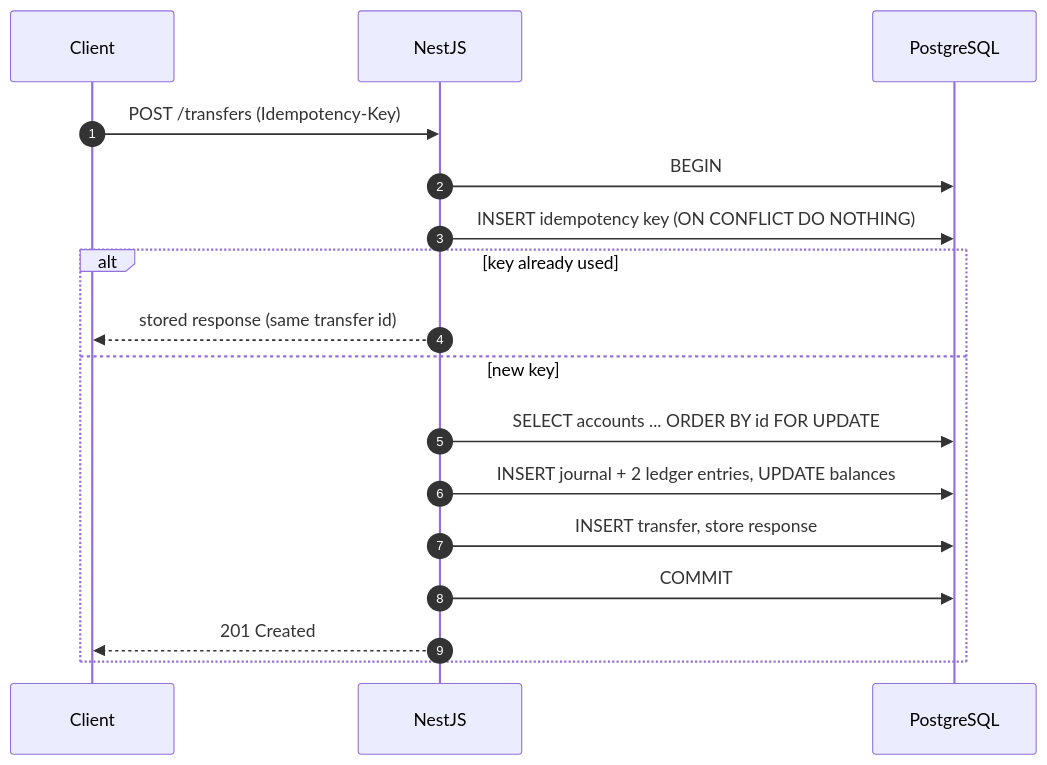
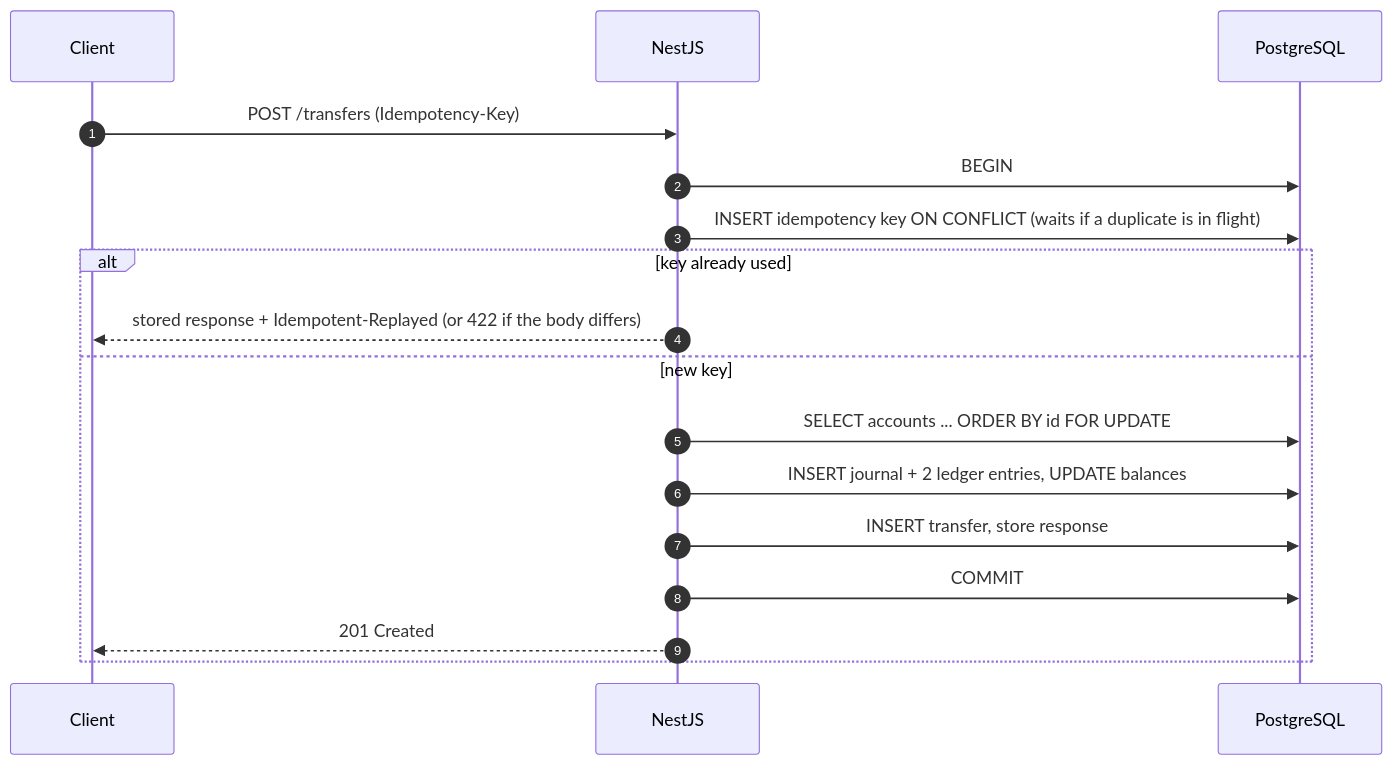
The second of 2 diagrams in README.md (JFredMC/digital-wallet-ledger), drawn with Mermaid before and after one commit. The commit also changed other lines of this file and 56 other files, not shown here.

````diff
--- a/README.md
+++ b/README.md
@@ -79,19 +79,19 @@
 ```mermaid
 sequenceDiagram
     autonumber
     participant C as Client
     participant API as NestJS
     participant DB as PostgreSQL
     C->>API: POST /transfers (Idempotency-Key)
     API->>DB: BEGIN
-    API->>DB: INSERT idempotency key (ON CONFLICT DO NOTHING)
+    API->>DB: INSERT idempotency key ON CONFLICT (waits if a duplicate is in flight)
     alt key already used
-        API-->>C: stored response (same transfer id)
+        API-->>C: stored response + Idempotent-Replayed (or 422 if the body differs)
     else new key
         API->>DB: SELECT accounts ... ORDER BY id FOR UPDATE
         API->>DB: INSERT journal + 2 ledger entries, UPDATE balances
         API->>DB: INSERT transfer, store response
         API->>DB: COMMIT
         API-->>C: 201 Created
     end
 ```
````
